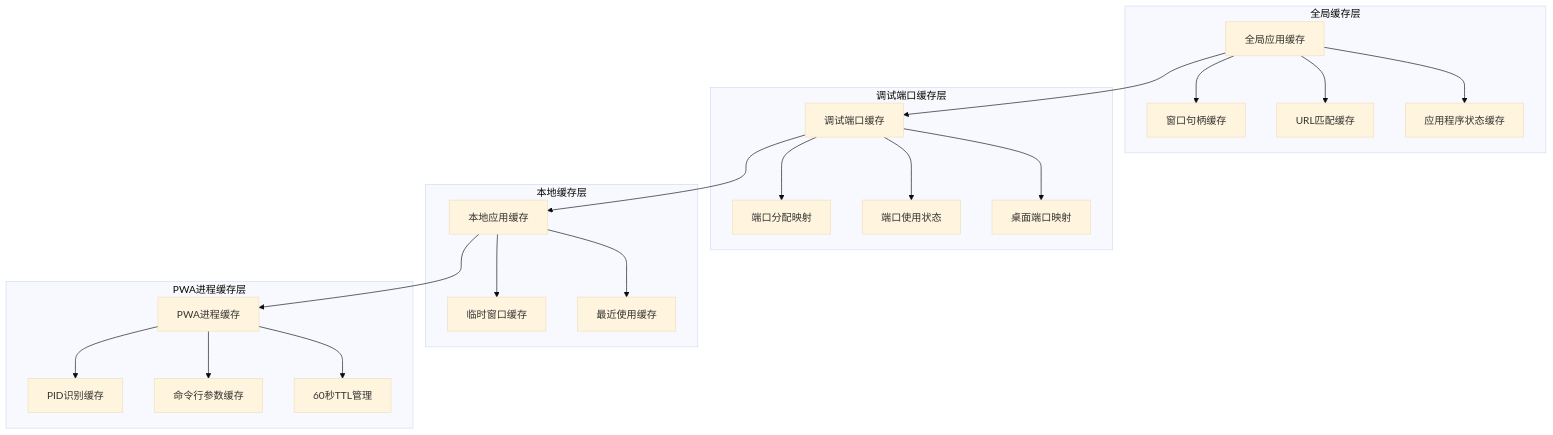
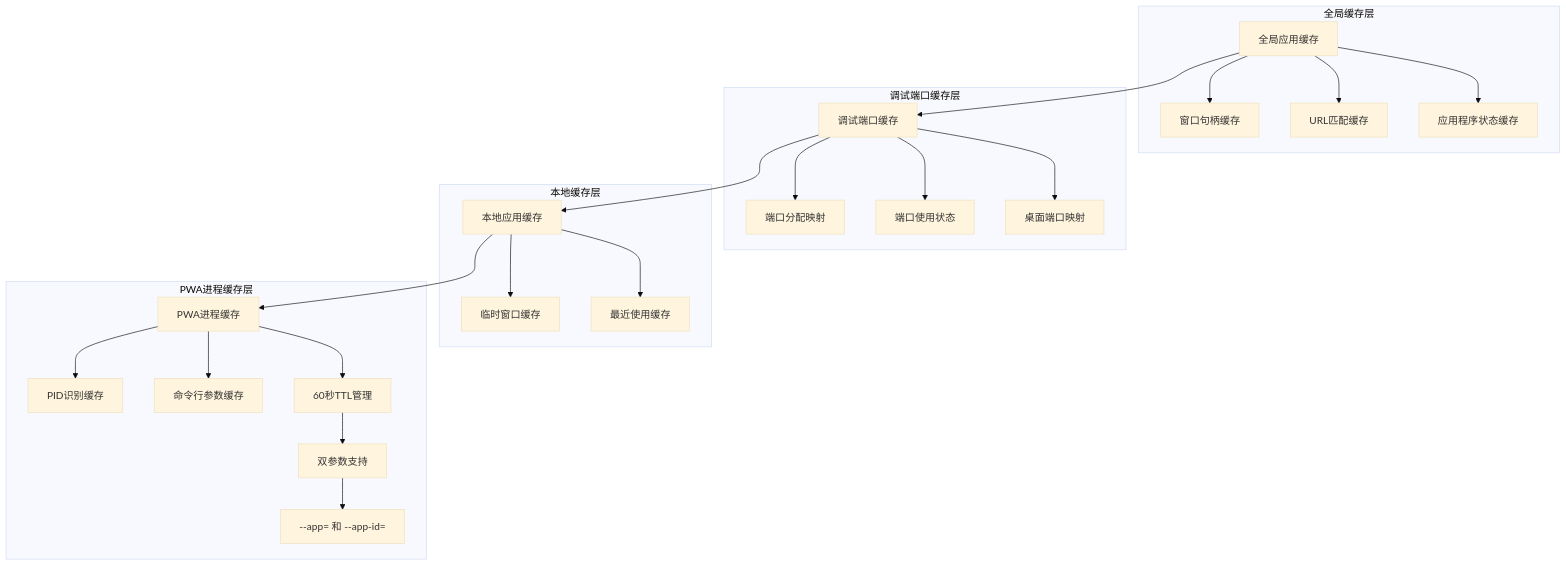
Diagram 17 of 19 in .qoder/repowiki/zh/content/核心功能/浏览器应用管理.md (wangys-123doit/hotkey), drawn with Mermaid (base theme) before and after one commit. The commit also changed other lines of this file and 4 other files, not shown here.

````diff
--- a/.qoder/repowiki/zh/content/核心功能/浏览器应用管理.md
+++ b/.qoder/repowiki/zh/content/核心功能/浏览器应用管理.md
@@ -715,25 +752,27 @@
 ```mermaid
 graph TB
 subgraph "全局缓存层"
 A[全局应用缓存] --> B[窗口句柄缓存]
 A --> C[URL匹配缓存]
 A --> D[应用程序状态缓存]
 end
 subgraph "调试端口缓存层"
 E[调试端口缓存] --> F[端口分配映射]
 E --> G[端口使用状态]
 E --> H[桌面端口映射]
 end
 subgraph "本地缓存层"
 I[本地应用缓存] --> J[临时窗口缓存]
 I --> K[最近使用缓存]
 end
 subgraph "PWA进程缓存层"
 L[PWA进程缓存] --> M[PID识别缓存]
 L --> N[命令行参数缓存]
 L --> O[60秒TTL管理]
+O --> P[双参数支持]
+P --> Q[--app= 和 --app-id=]
 end
 A --> E
 E --> I
 I --> L
 ```
````
